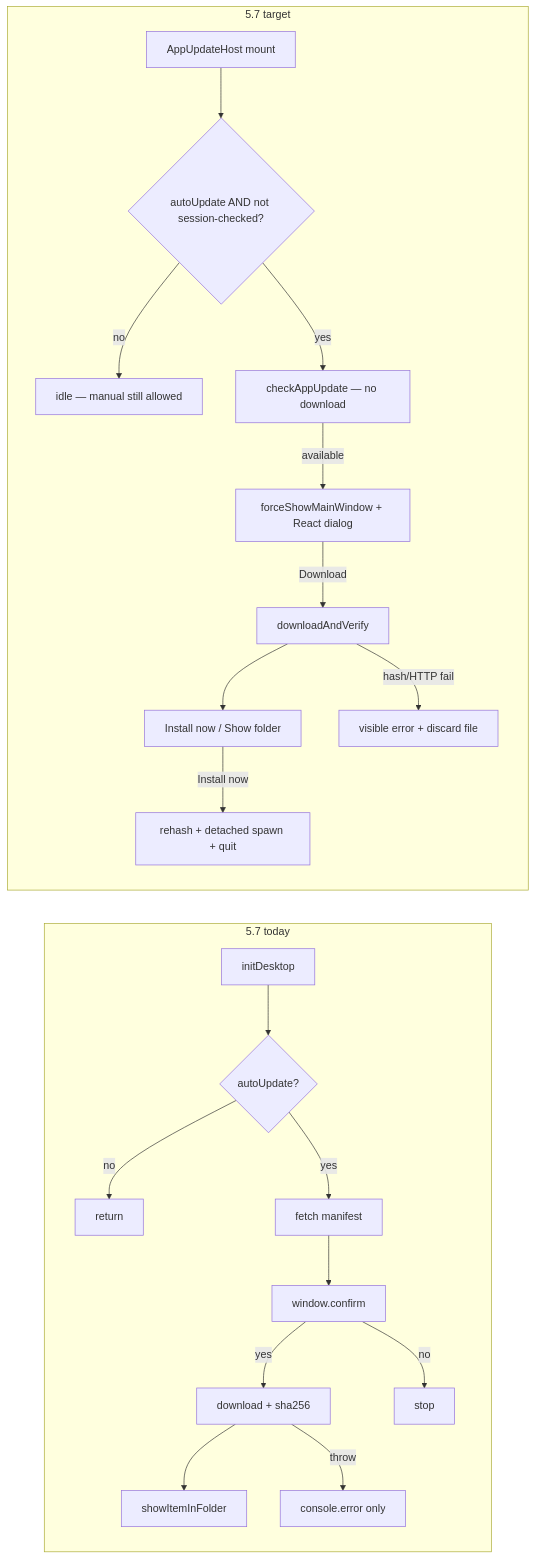
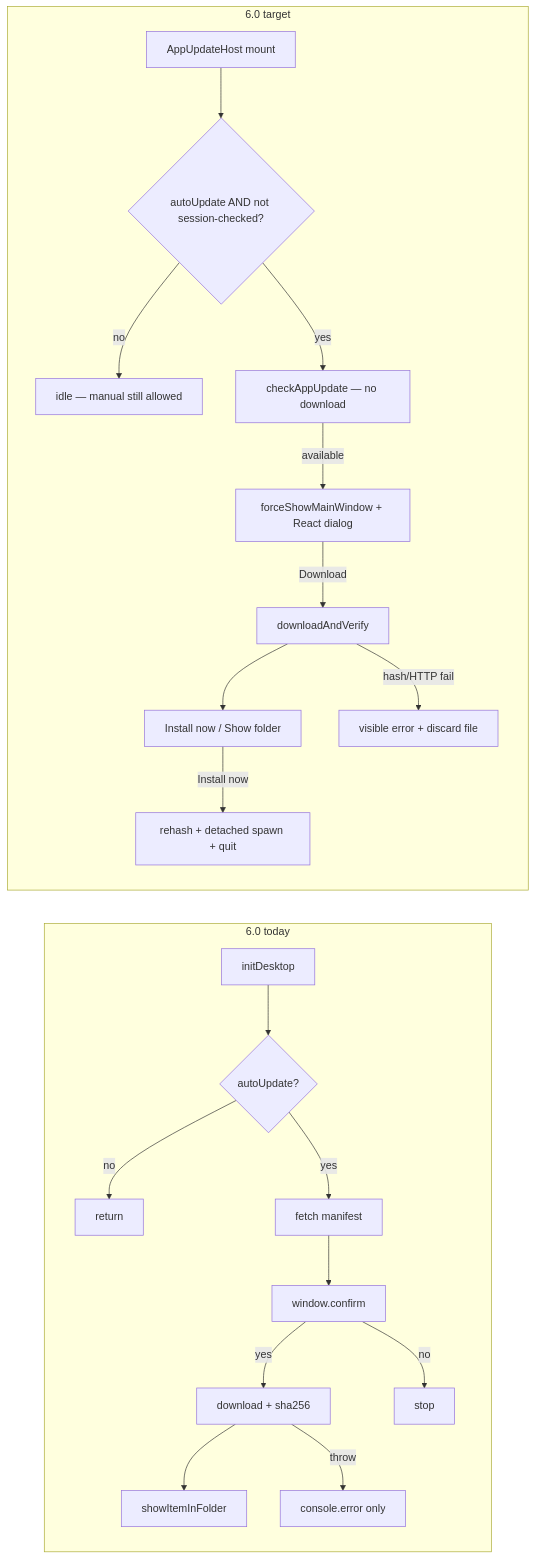
Before and after one commit to trustcrypto/OnlyKey-App: the first of 4 diagrams in docs/design-app-auto-update.md, drawn with Mermaid. The commit also changed other lines of this file and 19 other files, not shown here.

````diff
--- a/docs/design-app-auto-update.md
+++ b/docs/design-app-auto-update.md
@@ -109,24 +109,24 @@
 ```mermaid
 flowchart LR
-  subgraph today [5.7 today]
+  subgraph today [6.0 today]
     A1[initDesktop] --> A2{autoUpdate?}
     A2 -->|no| A3[return]
     A2 -->|yes| A4[fetch manifest]
     A4 --> A5[window.confirm]
     A5 -->|yes| A6[download + sha256]
     A6 --> A7[showItemInFolder]
     A5 -->|no| A8[stop]
     A6 -->|throw| A9[console.error only]
   end
 
-  subgraph target [5.7 target]
+  subgraph target [6.0 target]
     B1[AppUpdateHost mount] --> B2{autoUpdate AND not session-checked?}
     B2 -->|no| B3[idle — manual still allowed]
     B2 -->|yes| B4[checkAppUpdate — no download]
     B4 -->|available| B5[forceShowMainWindow + React dialog]
     B5 -->|Download| B6[downloadAndVerify]
     B6 --> B7[Install now / Show folder]
     B7 -->|Install now| B8[rehash + detached spawn + quit]
     B6 -->|hash/HTTP fail| B9[visible error + discard file]
   end
 ```
````
